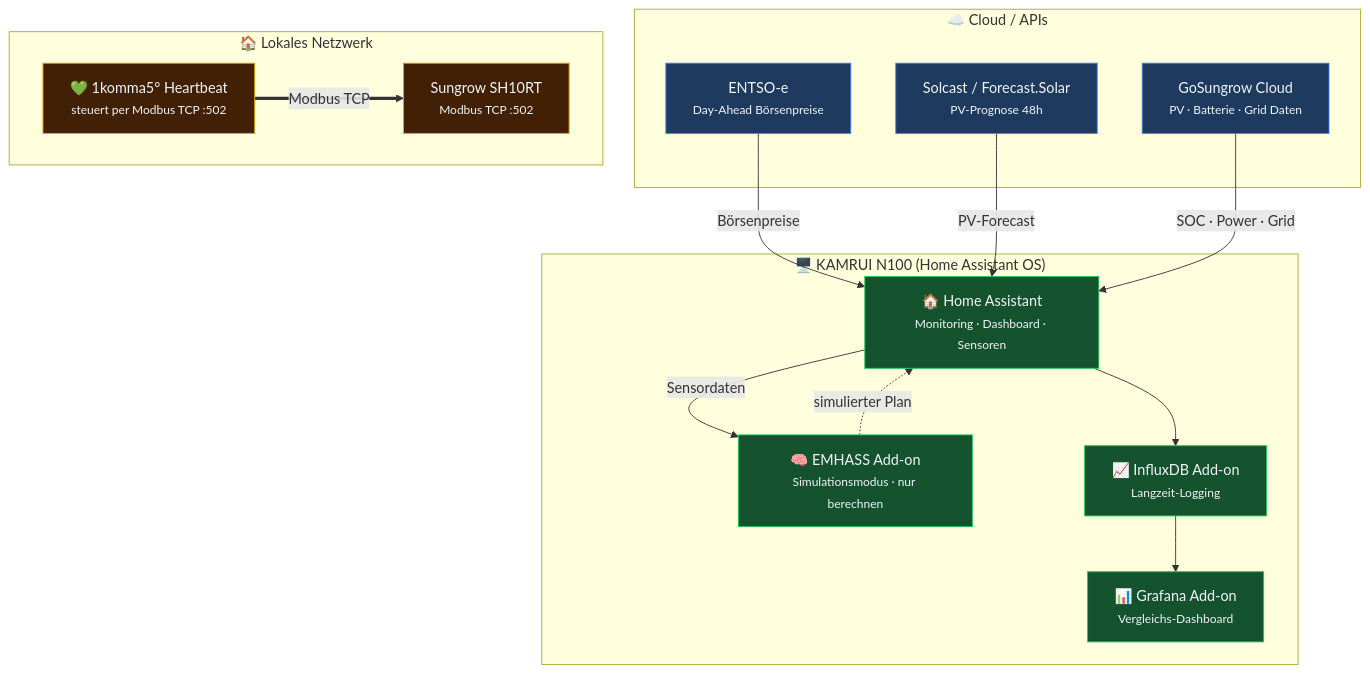
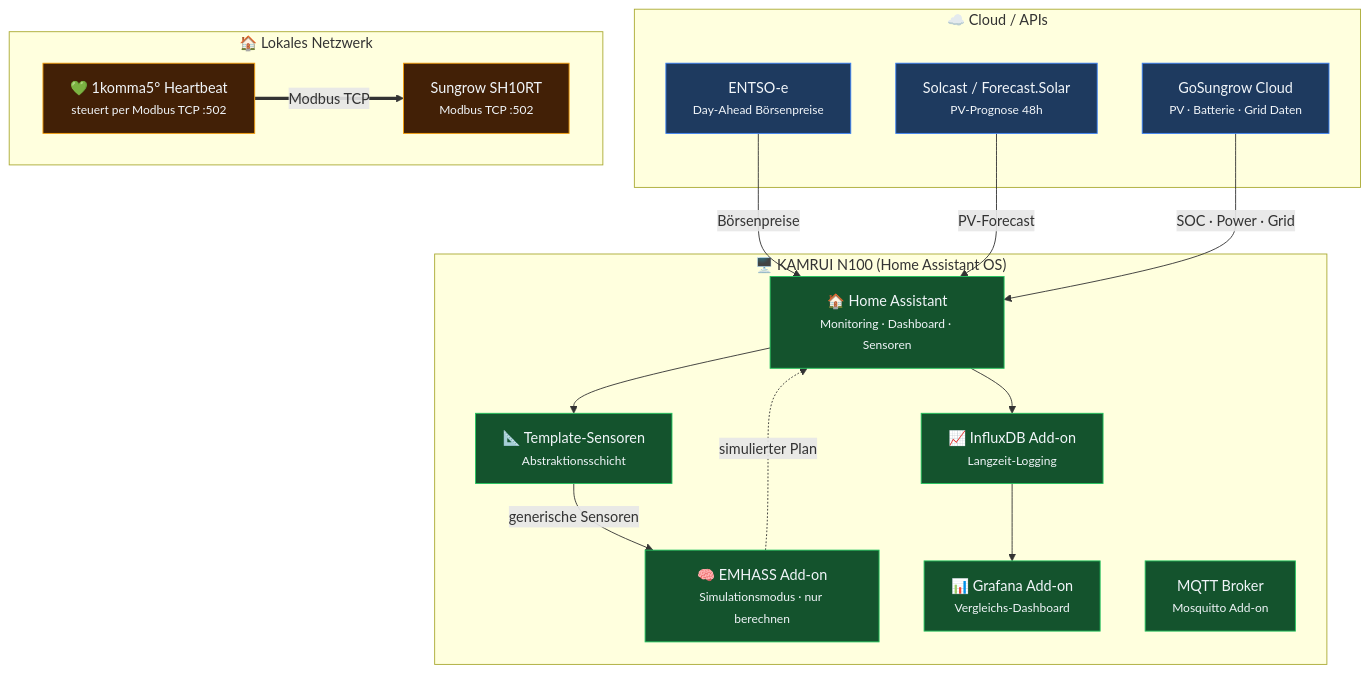
One commit to schowave/energy-management changed the first of 3 diagrams in docs/architektur.md. Above: the diagram before and after it, drawn with Mermaid. The commit also changed other lines of this file and 1 other file, not shown here.

First line of the commit message:
KAMRUI N100 as platform, add template sensor abstraction layer

````diff
--- a/docs/architektur.md
+++ b/docs/architektur.md
@@ -9,44 +9,47 @@
 ```mermaid
 graph TB
     subgraph CLOUD["☁️ Cloud / APIs"]
         ENTSOE["ENTSO-e<br/><small>Day-Ahead Börsenpreise</small>"]
         SOLCAST["Solcast / Forecast.Solar<br/><small>PV-Prognose 48h</small>"]
         GOSUNGROW["GoSungrow Cloud<br/><small>PV · Batterie · Grid Daten</small>"]
     end
 
     subgraph N100P1["🖥️ KAMRUI N100 (Home Assistant OS)"]
         HAP1["🏠 Home Assistant<br/><small>Monitoring · Dashboard · Sensoren</small>"]
+        TMPL["📐 Template-Sensoren<br/><small>Abstraktionsschicht</small>"]
         EMHASSP1["🧠 EMHASS Add-on<br/><small>Simulationsmodus · nur berechnen</small>"]
         INFLUXP1["📈 InfluxDB Add-on<br/><small>Langzeit-Logging</small>"]
         GRAFANAP1["📊 Grafana Add-on<br/><small>Vergleichs-Dashboard</small>"]
+        MQTTP1["MQTT Broker<br/><small>Mosquitto Add-on</small>"]
     end
 
     subgraph LOKAL1["🏠 Lokales Netzwerk"]
         HEARTBEAT["💚 1komma5° Heartbeat<br/><small>steuert per Modbus TCP :502</small>"]
         SUNGROW1["Sungrow SH10RT<br/><small>Modbus TCP :502</small>"]
     end
 
     %% Cloud → HA (nur lesend)
     ENTSOE -->|Börsenpreise| HAP1
     SOLCAST -->|PV-Forecast| HAP1
     GOSUNGROW -->|SOC · Power · Grid| HAP1
 
-    %% HA → Simulation
-    HAP1 -->|Sensordaten| EMHASSP1
+    %% HA → Template → EMHASS
+    HAP1 --> TMPL
+    TMPL -->|generische Sensoren| EMHASSP1
     EMHASSP1 -.->|simulierter Plan| HAP1
     HAP1 --> INFLUXP1
     INFLUXP1 --> GRAFANAP1
 
     %% Heartbeat steuert (HA hat keinen Modbus-Zugriff)
     HEARTBEAT ==>|Modbus TCP| SUNGROW1
 
     %% Styling
     classDef cloud fill:#1e3a5f,stroke:#3b82f6,color:#f1f5f9
     classDef haos fill:#14532d,stroke:#22c55e,color:#f1f5f9
     classDef lokal fill:#422006,stroke:#f59e0b,color:#f1f5f9
     classDef heartbeat fill:#14532d,stroke:#22c55e,color:#f1f5f9
 
     class ENTSOE,SOLCAST,GOSUNGROW cloud
-    class HAP1,EMHASSP1,INFLUXP1,GRAFANAP1 haos
+    class HAP1,TMPL,EMHASSP1,INFLUXP1,GRAFANAP1,MQTTP1 haos
     class HEARTBEAT,SUNGROW1 lokal
 ```
````
